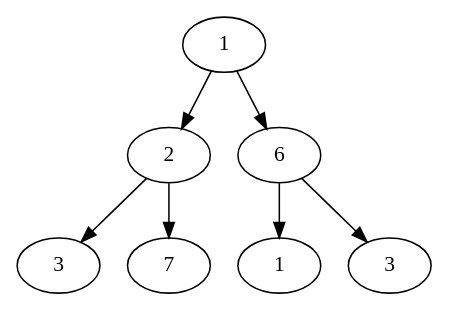
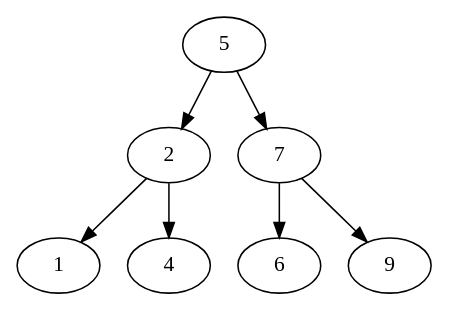
The diagram in 16dec_group1/t.dot (KaloyanTs/DSP_22-23), drawn with Graphviz before and after one commit.

Commit message:
example graph

```diff
--- a/16dec_group1/t.dot
+++ b/16dec_group1/t.dot
@@ -1,16 +1,16 @@
 digraph
 {
-    A [label="1"];
+    A [label="5"];
     B [label="2"];
-    C [label="3"];
-    D [label="7"];
-    E [label="6"];
-    F [label="1"];
-    G [label="3"];
+    C [label="1"];
+    D [label="4"];
+    E [label="7"];
+    F [label="6"];
+    G [label="9"];
     A->B
     B->C
     B->D
     A->E
     E->F
     E->G
 }
```
